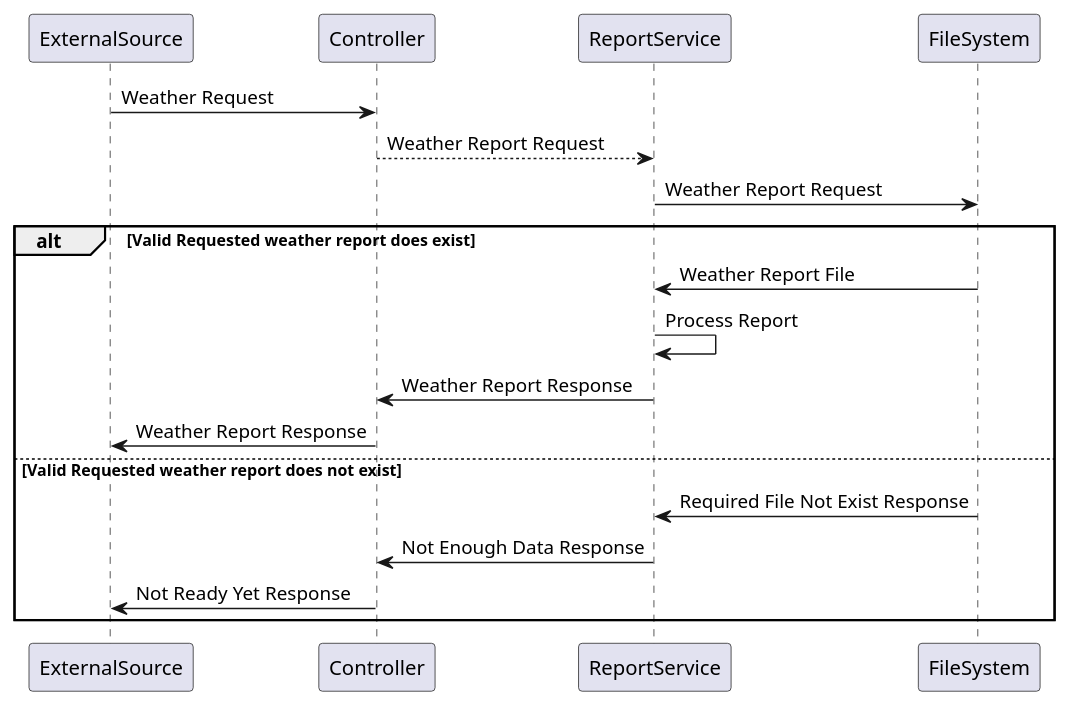
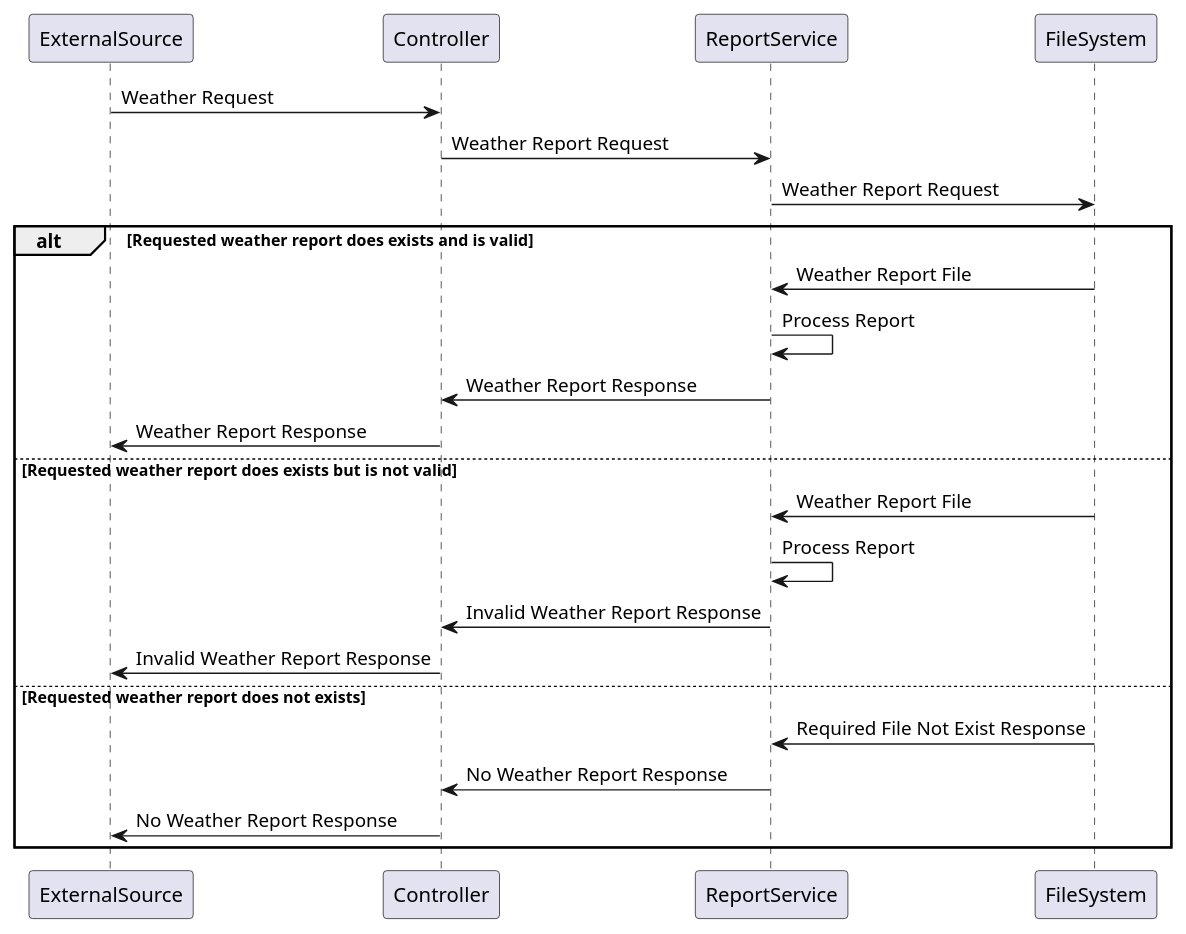
One commit to RoryBaxter/WeatherSender changed the diagram in documentation/src/main/resources/process-flows/request-flow.puml. Above: the diagram before and after it, drawn with PlantUML. The commit also changed 1 other file, not shown here.

Commit message:
docs-api: Updated request flow to match API cases

```diff
--- a/documentation/src/main/resources/process-flows/request-flow.puml
+++ b/documentation/src/main/resources/process-flows/request-flow.puml
@@ -1,19 +1,24 @@
 @startuml
 ExternalSource -> Controller: Weather Request
-Controller --> ReportService: Weather Report Request
+Controller -> ReportService: Weather Report Request
 ReportService -> FileSystem: Weather Report Request
 
-alt Valid Requested weather report does exist
-
+alt Requested weather report does exists and is valid
     FileSystem -> ReportService: Weather Report File
     ReportService -> ReportService: Process Report
     ReportService -> Controller: Weather Report Response
     Controller -> ExternalSource: Weather Report Response
 
-else Valid Requested weather report does not exist
+else Requested weather report does exists but is not valid
+    FileSystem -> ReportService: Weather Report File
+    ReportService -> ReportService: Process Report
+    ReportService -> Controller: Invalid Weather Report Response
+    Controller -> ExternalSource: Invalid Weather Report Response
+
+else Requested weather report does not exists
     FileSystem -> ReportService: Required File Not Exist Response
-    ReportService -> Controller: Not Enough Data Response
-    Controller -> ExternalSource: Not Ready Yet Response
+    ReportService -> Controller: No Weather Report Response
+    Controller -> ExternalSource: No Weather Report Response
 end
 
 @enduml
```
